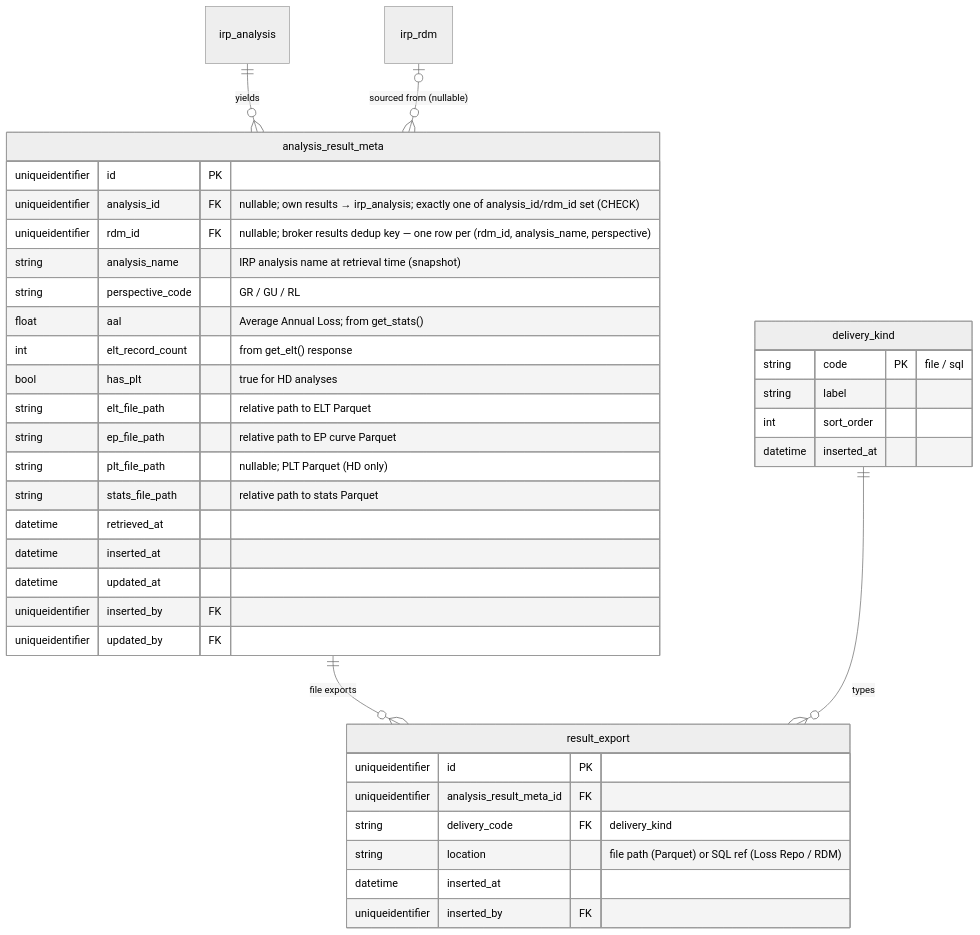
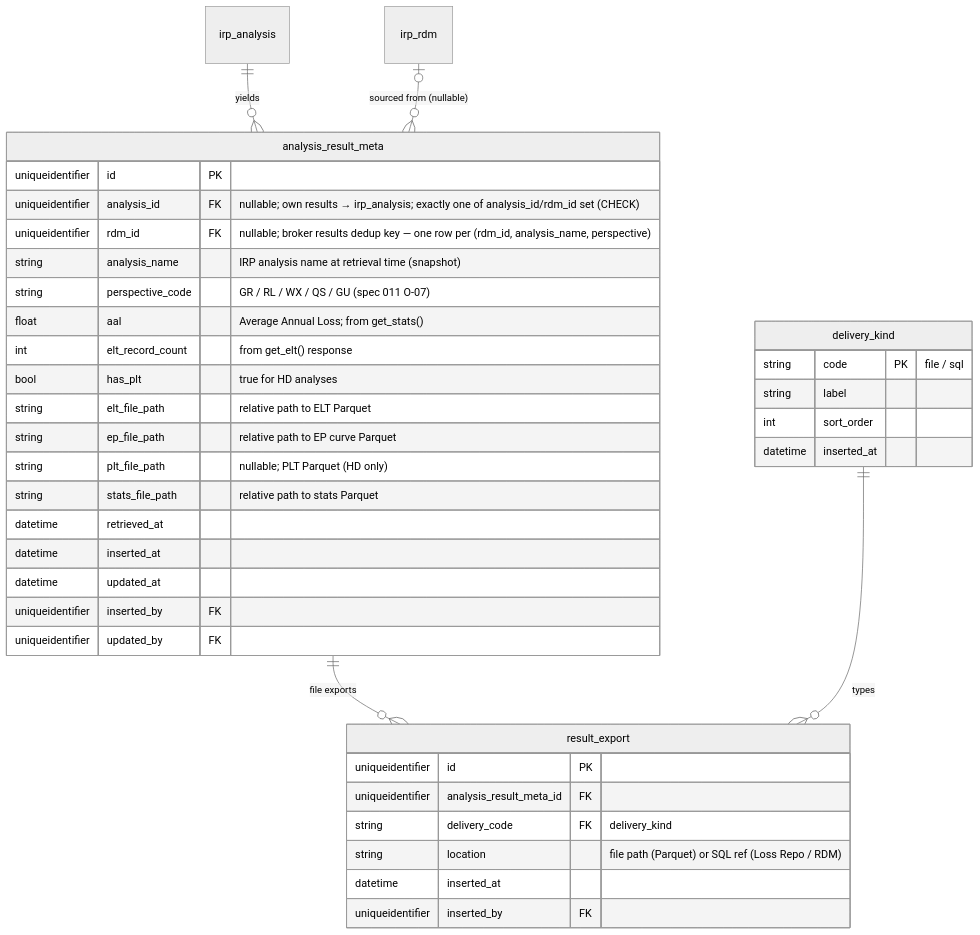
One commit to anilvenugopal/risk-workbench changed the seventh of 9 diagrams in docs/DATA_MODEL.md. Above: the diagram before and after it, drawn with Mermaid (neutral theme). The commit also changed other lines of this file and 16 other files, not shown here.

````diff
--- a/docs/DATA_MODEL.md
+++ b/docs/DATA_MODEL.md
@@ -554,41 +558,41 @@
 ```mermaid
 erDiagram
   irp_analysis ||--o{ analysis_result_meta : yields
   irp_rdm |o--o{ analysis_result_meta : "sourced from (nullable)"
   analysis_result_meta ||--o{ result_export : "file exports"
   delivery_kind ||--o{ result_export : types
 
   analysis_result_meta {
     uniqueidentifier id PK
     uniqueidentifier analysis_id FK "nullable; own results → irp_analysis; exactly one of analysis_id/rdm_id set (CHECK)"
     uniqueidentifier rdm_id FK "nullable; broker results dedup key — one row per (rdm_id, analysis_name, perspective)"
     string analysis_name "IRP analysis name at retrieval time (snapshot)"
-    string perspective_code "GR / GU / RL"
+    string perspective_code "GR / RL / WX / QS / GU (spec 011 O-07)"
     float aal "Average Annual Loss; from get_stats()"
     int elt_record_count "from get_elt() response"
     bool has_plt "true for HD analyses"
     string elt_file_path "relative path to ELT Parquet"
     string ep_file_path "relative path to EP curve Parquet"
     string plt_file_path "nullable; PLT Parquet (HD only)"
     string stats_file_path "relative path to stats Parquet"
     datetime retrieved_at
     datetime inserted_at
     datetime updated_at
     uniqueidentifier inserted_by FK
     uniqueidentifier updated_by FK
   }
   result_export {
     uniqueidentifier id PK
     uniqueidentifier analysis_result_meta_id FK
     string delivery_code FK "delivery_kind"
     string location "file path (Parquet) or SQL ref (Loss Repo / RDM)"
     datetime inserted_at
     uniqueidentifier inserted_by FK
   }
   delivery_kind {
     string code PK "file / sql"
     string label
     int sort_order
     datetime inserted_at
   }
 ```
````
